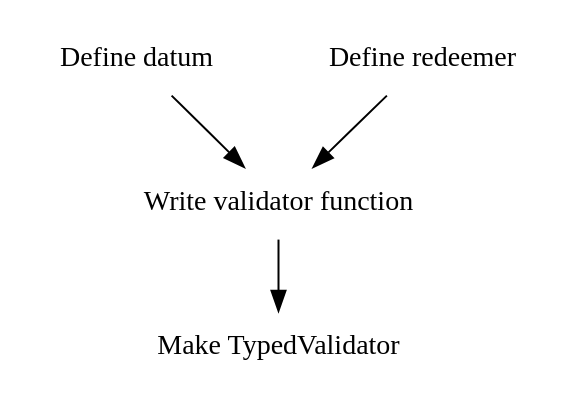
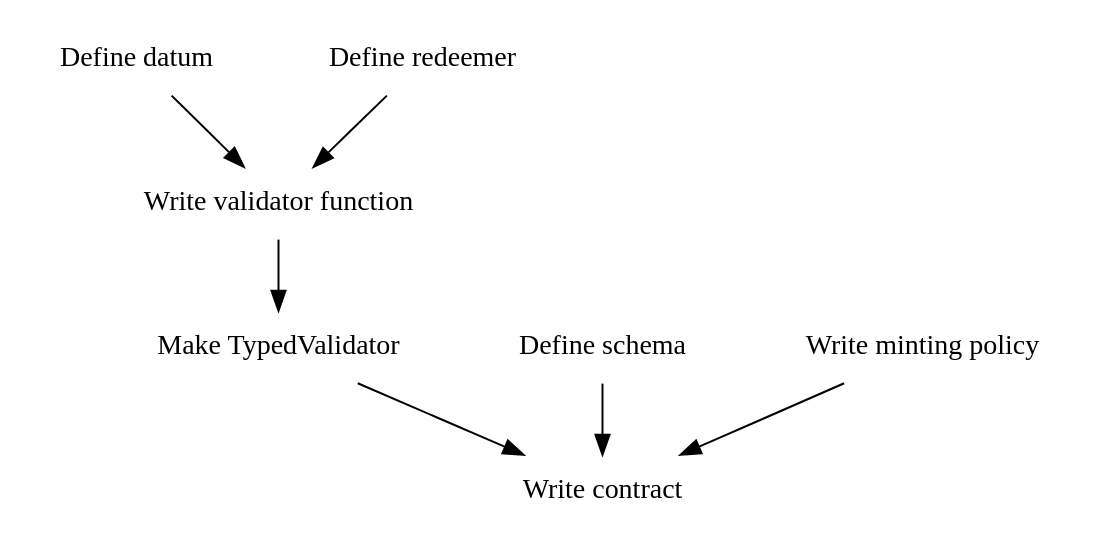
One commit to jdahodgkinson/plutus-guide changed the diagram in workflow.dot. Above: the diagram before and after it, drawn with Graphviz. The commit also changed 8 other files, not shown here.

```diff
--- a/workflow.dot
+++ b/workflow.dot
@@ -1,7 +1,9 @@
 digraph contract_workflow {
     node [shape = none];
     "Define datum" -> "Write validator function";
     "Define redeemer" -> "Write validator function";
     "Write validator function" -> "Make TypedValidator";
-
+    "Make TypedValidator" -> "Write contract";
+    "Define schema" -> "Write contract";
+    "Write minting policy" -> "Write contract";
 }
```
